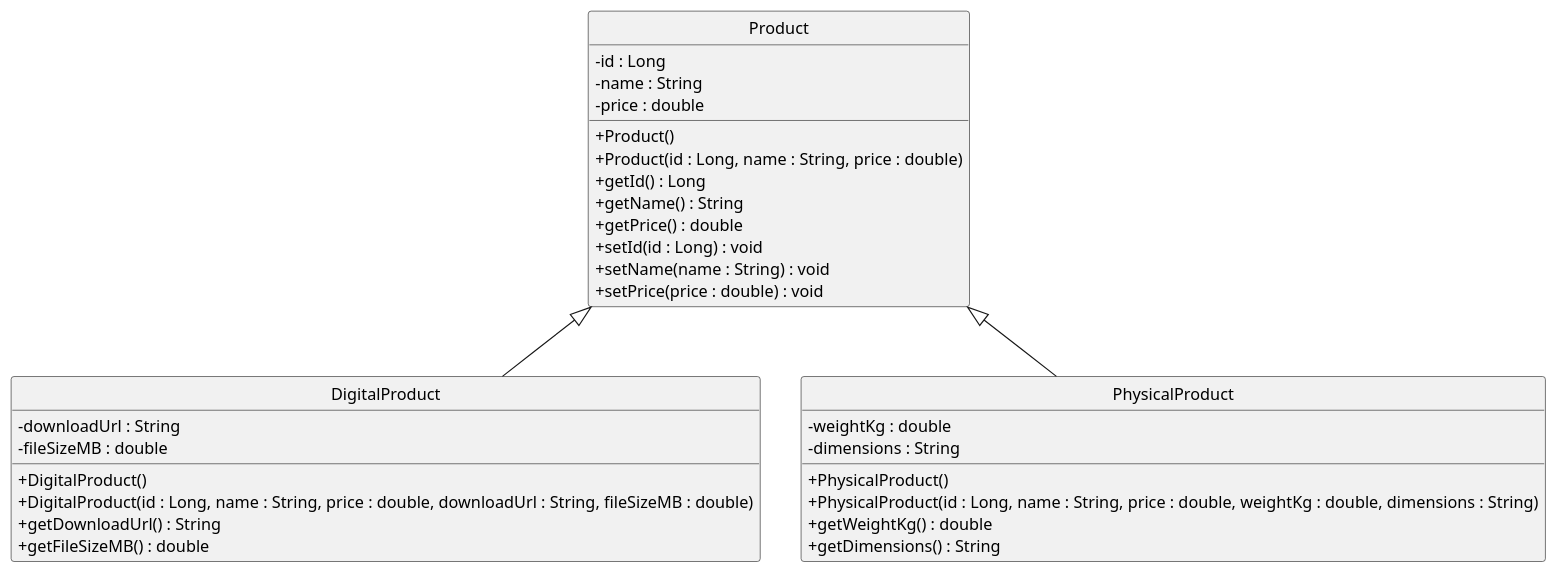
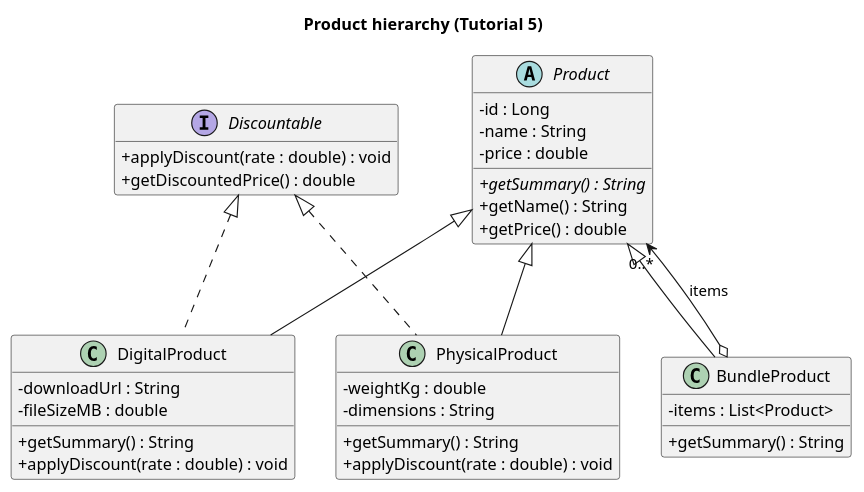
The diagram in docs/uml/product-hierarchy.puml (noscope12345123-wq/products-api), drawn with PlantUML before and after one commit. The commit also changed 41 other files, not shown here.

Commit message:
Tutorials 5-9: abstract Product, Discountable, repository layer, 33 tests, docs, Swagger screenshots

```diff
--- a/docs/uml/product-hierarchy.puml
+++ b/docs/uml/product-hierarchy.puml
@@ -1,40 +1,50 @@
 @startuml product-hierarchy
 skinparam classAttributeIconSize 0
-hide circle
+hide empty members
+title Product hierarchy (Tutorial 5)
 
-class Product {
+abstract class Product {
   - id : Long
   - name : String
   - price : double
-  + Product()
-  + Product(id : Long, name : String, price : double)
-  + getId() : Long
+  + {abstract} getSummary() : String
   + getName() : String
   + getPrice() : double
-  + setId(id : Long) : void
-  + setName(name : String) : void
-  + setPrice(price : double) : void
+}
+
+interface Discountable {
+  + applyDiscount(rate : double) : void
+  + getDiscountedPrice() : double
 }
 
 class DigitalProduct {
   - downloadUrl : String
   - fileSizeMB : double
-  + DigitalProduct()
-  + DigitalProduct(id : Long, name : String, price : double, downloadUrl : String, fileSizeMB : double)
-  + getDownloadUrl() : String
-  + getFileSizeMB() : double
+  + getSummary() : String
+  + applyDiscount(rate : double) : void
 }
 
 class PhysicalProduct {
   - weightKg : double
   - dimensions : String
-  + PhysicalProduct()
-  + PhysicalProduct(id : Long, name : String, price : double, weightKg : double, dimensions : String)
-  + getWeightKg() : double
-  + getDimensions() : String
+  + getSummary() : String
+  + applyDiscount(rate : double) : void
 }
 
-' <|-- is the inheritance arrow. The PARENT goes on the left.
+class BundleProduct {
+  - items : List<Product>
+  + getSummary() : String
+}
+
+' Generalisation (extends): SOLID line, hollow triangle at Product
 Product <|-- DigitalProduct
 Product <|-- PhysicalProduct
+Product <|-- BundleProduct
+
+' Realisation (implements): DASHED line, hollow triangle at Discountable
+Discountable <|.. DigitalProduct
+Discountable <|.. PhysicalProduct
+
+' A bundle HAS products (composition of the catalogue items)
+BundleProduct o--> "0..*" Product : items
 @enduml
```
